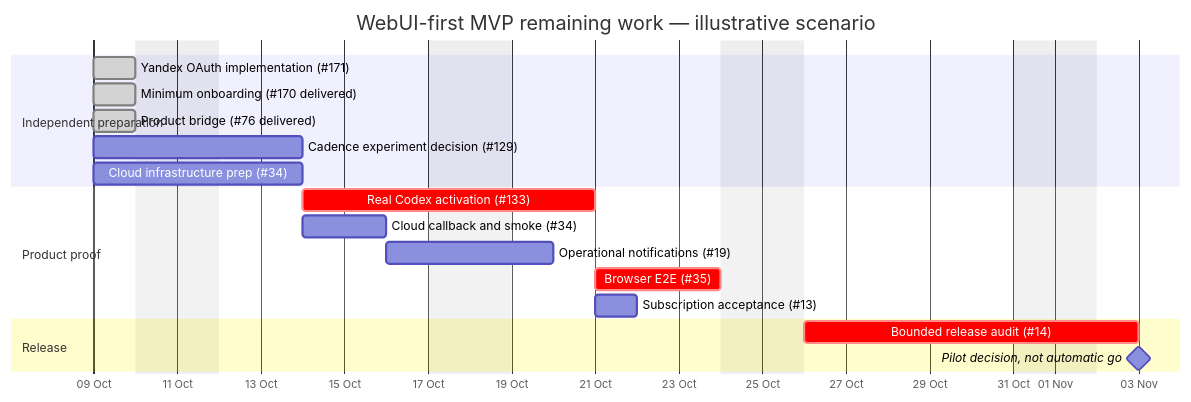
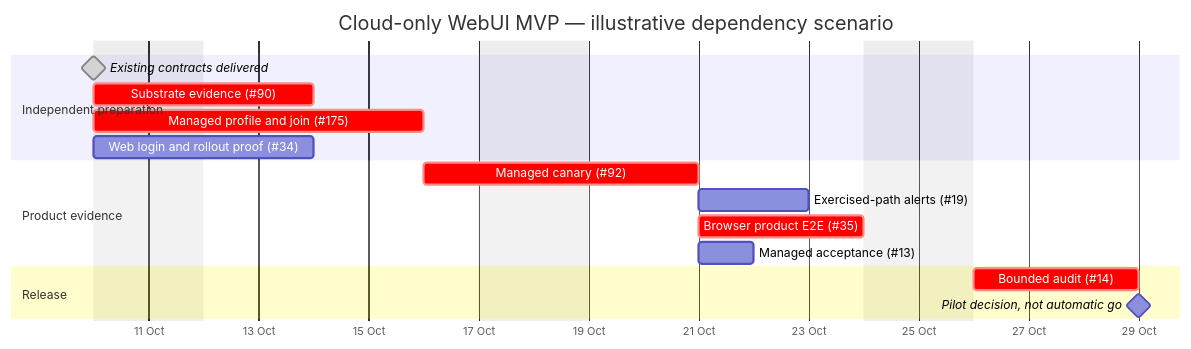
Before and after one commit to urandon/sessionless: the second of 2 diagrams in docs/mvp-delivery-plan.md, drawn with Mermaid. The commit also changed other lines of this file and 6 other files, not shown here.

Commit message:
docs(mvp): require managed cloud execution without a user host

````diff
--- a/docs/mvp-delivery-plan.md
+++ b/docs/mvp-delivery-plan.md
@@ -138,22 +150,20 @@
 ```mermaid
 gantt
-    title WebUI-first MVP remaining work — illustrative scenario
+    title Cloud-only WebUI MVP — illustrative dependency scenario
     dateFormat YYYY-MM-DD
     axisFormat %d %b
     excludes weekends
     section Independent preparation
-    Yandex OAuth implementation (#171)  :done, auth, 2026-10-09, 1d
-    Minimum onboarding (#170 delivered) :done, enroll, 2026-10-09, 1d
-    Product bridge (#76 delivered)      :done, bridge, 2026-10-09, 1d
-    Cadence experiment decision (#129)  :cost, 2026-10-09, 3d
-    Cloud infrastructure prep (#34)     :prep, 2026-10-09, 3d
-    section Product proof
-    Real Codex activation (#133)        :crit, real, after bridge enroll cost, 5d
-    Cloud callback and smoke (#34)      :cloud, after auth prep, 2d
-    Operational notifications (#19)     :alerts, after cloud, 2d
-    Browser E2E (#35)                   :crit, e2e, after real cloud auth, 3d
-    Subscription acceptance (#13)       :sub, after real, 1d
+    Existing contracts delivered       :done, milestone, contracts, 2026-10-10, 0d
+    Substrate evidence (#90)           :crit, platform, 2026-10-10, 3d
+    Managed profile and join (#175)    :crit, profile, 2026-10-10, 5d
+    Web login and rollout proof (#34)  :web, 2026-10-10, 3d
+    section Product evidence
+    Managed canary (#92)               :crit, canary, after platform profile, 3d
+    Exercised-path alerts (#19)        :alerts, after web canary, 2d
+    Browser product E2E (#35)          :crit, e2e, after canary web, 3d
+    Managed acceptance (#13)           :accept, after canary, 1d
     section Release
-    Bounded release audit (#14)         :crit, audit, after e2e alerts sub, 6d
-    Pilot decision, not automatic go    :milestone, after audit, 0d
+    Bounded audit (#14)                :crit, audit, after e2e alerts accept, 3d
+    Pilot decision, not automatic go   :milestone, after audit, 0d
 ```
````
